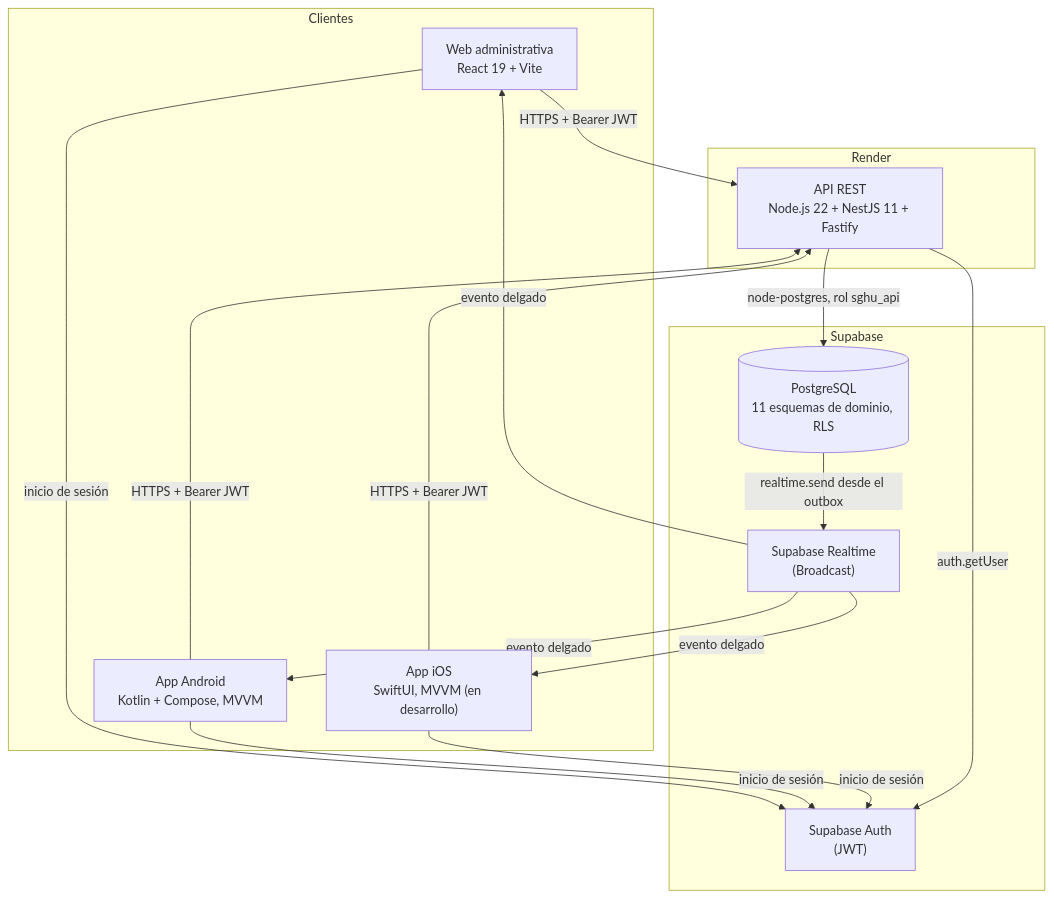
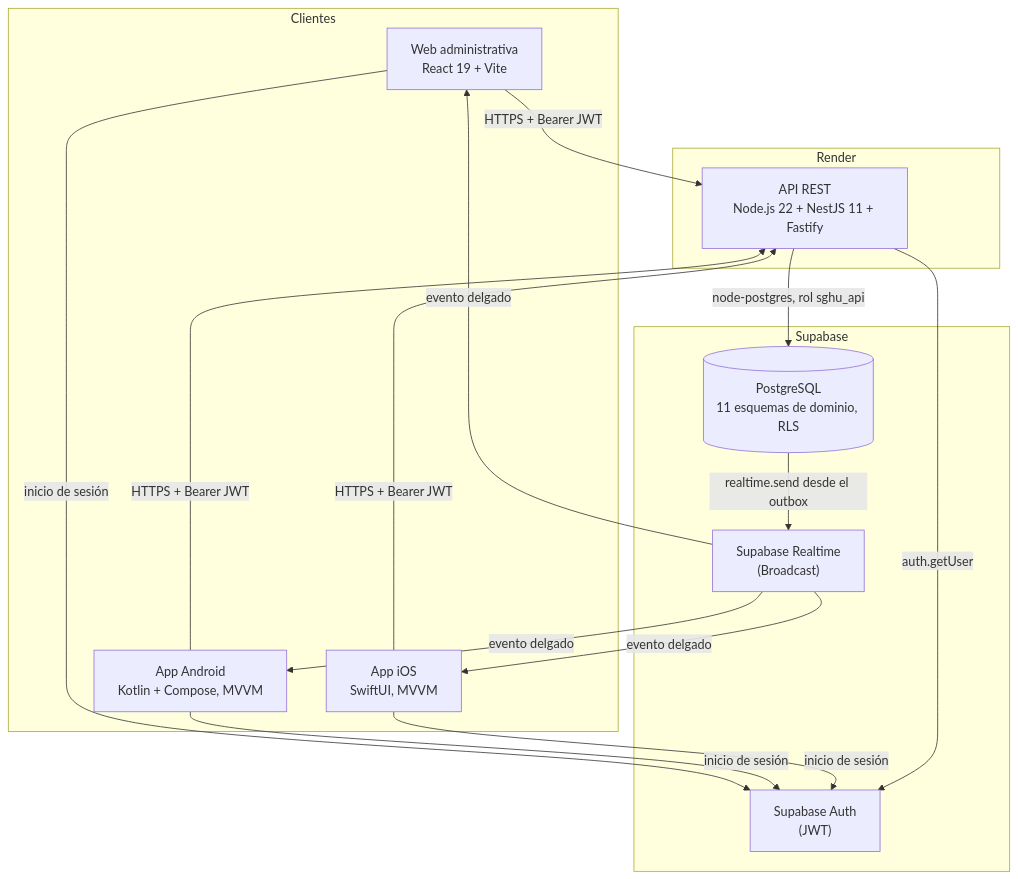
One commit to jojosenthusiast/Gestion_hospitalaria_universitaria_Climesa changed the first of 6 diagrams in docs/entrega/documento-arquitectura.md. Above: the diagram before and after it, drawn with Mermaid. The commit also changed other lines of this file and 5 other files, not shown here.

````diff
--- a/docs/entrega/documento-arquitectura.md
+++ b/docs/entrega/documento-arquitectura.md
@@ -66,28 +66,28 @@
 ```mermaid
 flowchart TB
   subgraph Clientes
     W["Web administrativa<br/>React 19 + Vite"]
     K["App Android<br/>Kotlin + Compose, MVVM"]
-    I["App iOS<br/>SwiftUI, MVVM (en desarrollo)"]
+    I["App iOS<br/>SwiftUI, MVVM"]
   end
   subgraph Render
     A["API REST<br/>Node.js 22 + NestJS 11 + Fastify"]
   end
   subgraph Supabase
     AU["Supabase Auth<br/>(JWT)"]
     DB[("PostgreSQL<br/>11 esquemas de dominio, RLS")]
     RT["Supabase Realtime<br/>(Broadcast)"]
   end
   W -- "inicio de sesión" --> AU
   K -- "inicio de sesión" --> AU
   I -- "inicio de sesión" --> AU
   W -- "HTTPS + Bearer JWT" --> A
   K -- "HTTPS + Bearer JWT" --> A
   I -- "HTTPS + Bearer JWT" --> A
   A -- "auth.getUser" --> AU
   A -- "node-postgres, rol sghu_api" --> DB
   DB -- "realtime.send desde el outbox" --> RT
   RT -- "evento delgado" --> W
   RT -- "evento delgado" --> K
   RT -- "evento delgado" --> I
 ```
````
